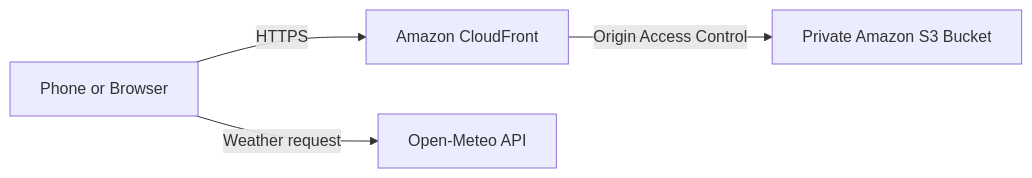
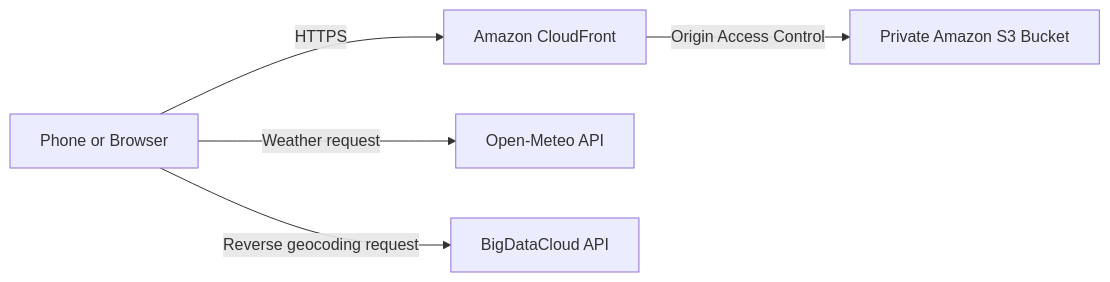
The diagram in README.md (solidanlive/weather-app), drawn with Mermaid before and after one commit. The commit also changed other lines of this file, not shown here.

````diff
--- a/README.md
+++ b/README.md
@@ -18,11 +23,13 @@
 ```mermaid
 flowchart LR
     User[Phone or Browser]
     CloudFront[Amazon CloudFront]
     S3[Private Amazon S3 Bucket]
     Weather[Open-Meteo API]
+    Location[BigDataCloud API]
 
     User -->|HTTPS| CloudFront
     CloudFront -->|Origin Access Control| S3
     User -->|Weather request| Weather
+    User -->|Reverse geocoding request| Location
 ```
````
